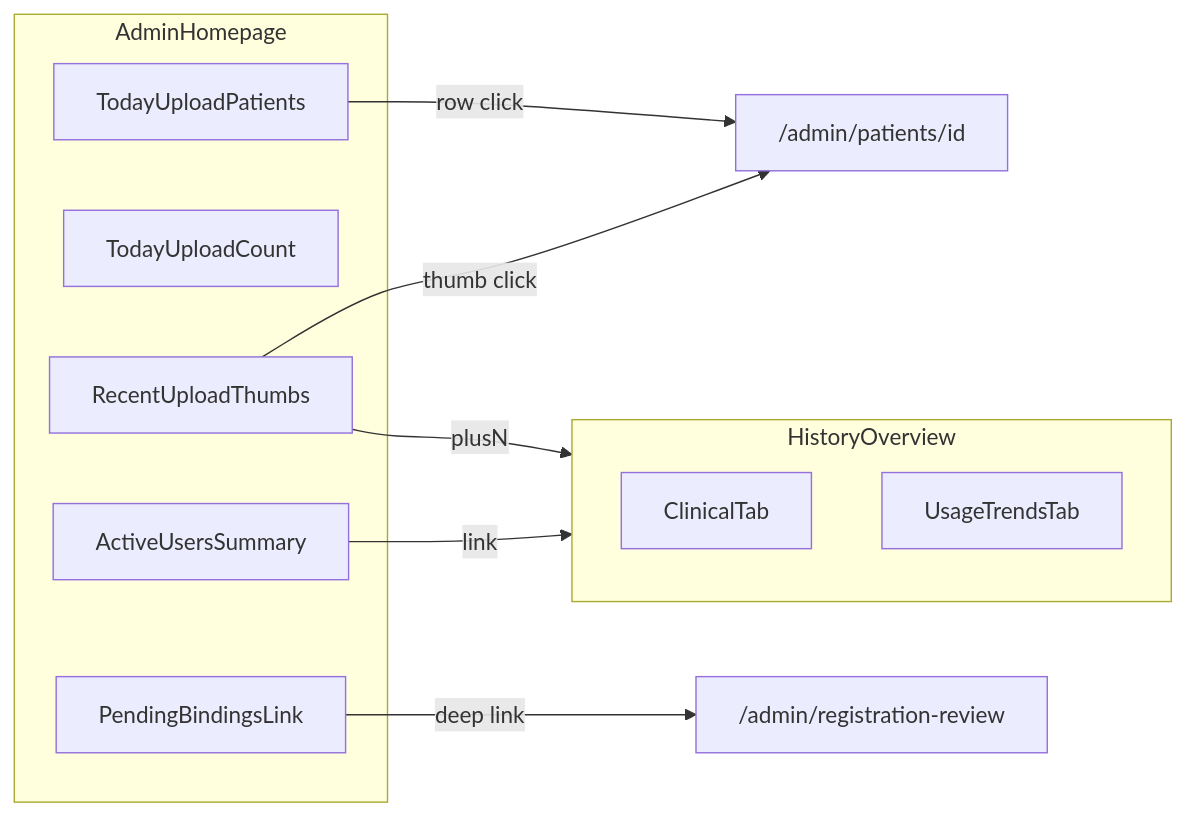
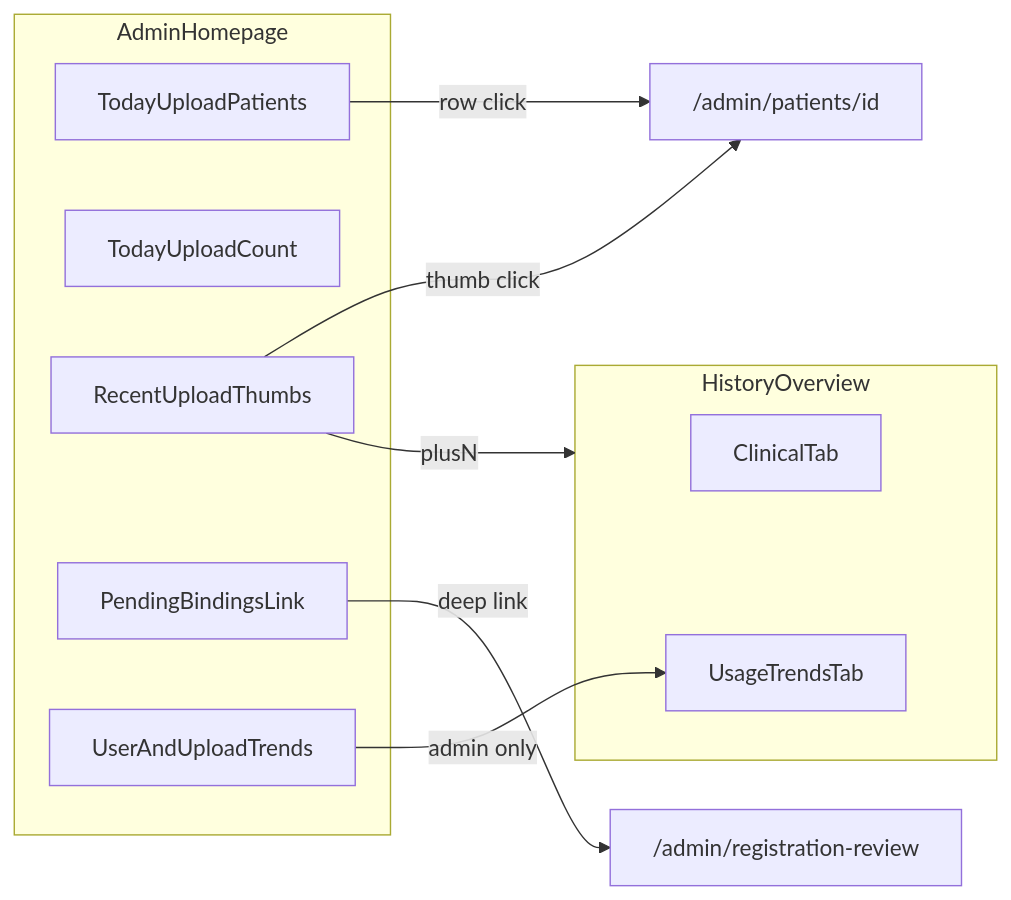
The diagram in docs/superpowers/specs/2026-07-25-admin-dashboard-homepage-renovate-design.md (ruby0322/pd-care-monorepo), drawn with Mermaid before and after one commit. The commit also changed other lines of this file and 1 other file, not shown here.

First line of the commit message:
docs(admin): record homepage usage charts as an IA amendment

````diff
--- a/docs/superpowers/specs/2026-07-25-admin-dashboard-homepage-renovate-design.md
+++ b/docs/superpowers/specs/2026-07-25-admin-dashboard-homepage-renovate-design.md
@@ -35,19 +37,19 @@
 ```mermaid
 flowchart LR
   subgraph today [AdminHomepage]
     List[TodayUploadPatients]
     UploadCount[TodayUploadCount]
     Thumbs[RecentUploadThumbs]
     Bind[PendingBindingsLink]
-    Active[ActiveUsersSummary]
+    Charts[UserAndUploadTrends]
   end
   subgraph period [HistoryOverview]
     ClinicalTab[ClinicalTab]
     UsageTab[UsageTrendsTab]
   end
-  List -->|row click| PatientDetail["/admin/patients/id"]
-  Thumbs -->|thumb click| PatientDetail
-  Thumbs -->|plusN| period
-  Bind -->|deep link| RegReview["/admin/registration-review"]
-  Active -->|link| period
+    List -->|row click| PatientDetail["/admin/patients/id"]
+    Thumbs -->|thumb click| PatientDetail
+    Thumbs -->|plusN| period
+    Bind -->|deep link| RegReview["/admin/registration-review"]
+    Charts -->|admin only| UsageTab
 ```
````
